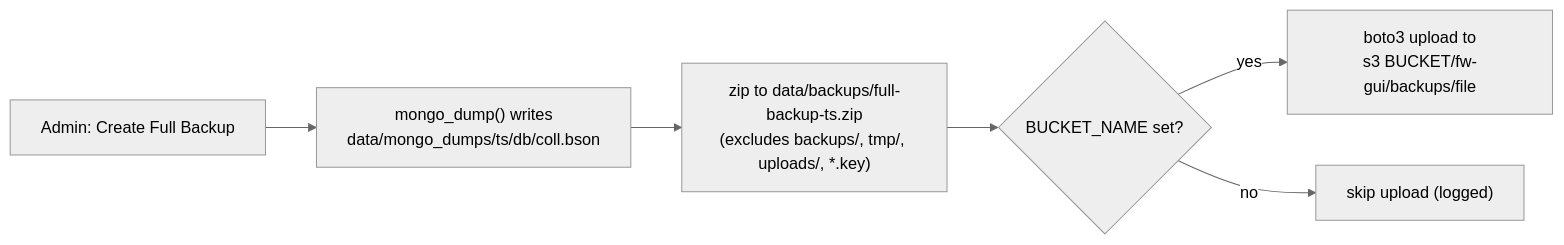
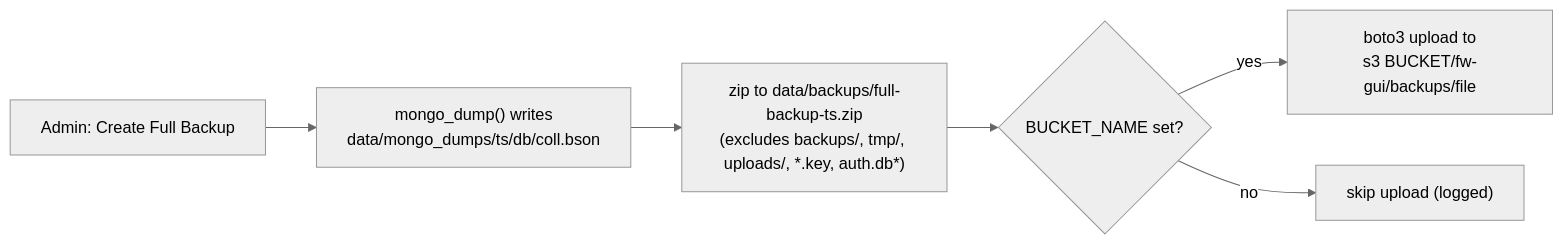
One commit to ibehren1/fw-gui changed the eighth of 9 diagrams in docs/data-architecture.md. Above: the diagram before and after it, drawn with Mermaid (neutral theme). The commit also changed other lines of this file and 8 other files, not shown here.

````diff
--- a/docs/data-architecture.md
+++ b/docs/data-architecture.md
@@ -313,8 +452,8 @@
 ```mermaid
 flowchart LR
     A["Admin: Create Full Backup"] --> MD["mongo_dump() writes<br/>data/mongo_dumps/ts/db/coll.bson"]
-    MD --> Z["zip to data/backups/full-backup-ts.zip<br/>(excludes backups/, tmp/, uploads/, *.key)"]
+    MD --> Z["zip to data/backups/full-backup-ts.zip<br/>(excludes backups/, tmp/, uploads/, *.key, auth.db*)"]
     Z --> U{"BUCKET_NAME set?"}
     U -->|yes| S3["boto3 upload to<br/>s3 BUCKET/fw-gui/backups/file"]
     U -->|no| Skip["skip upload (logged)"]
 ```
````
